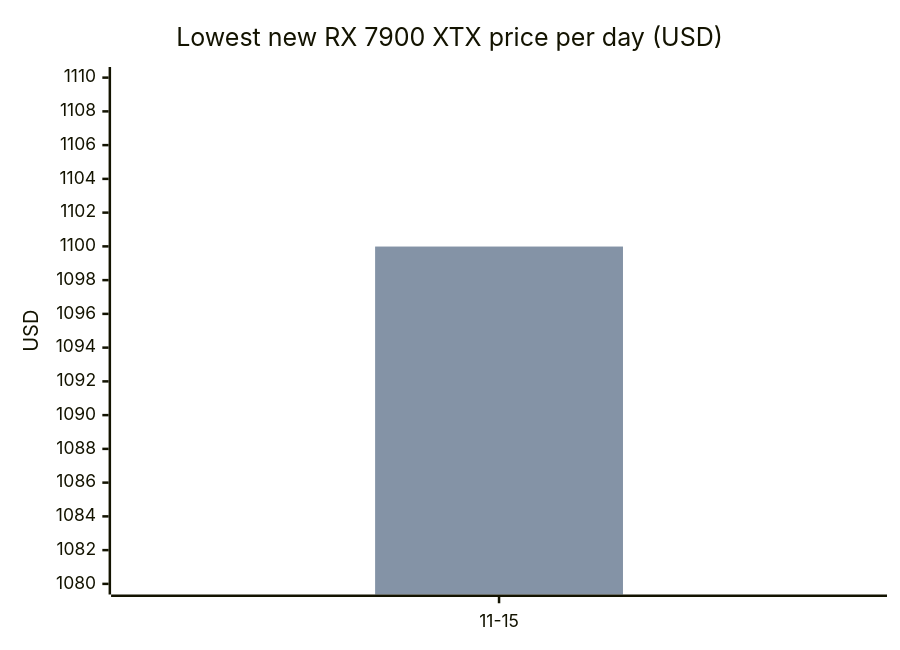
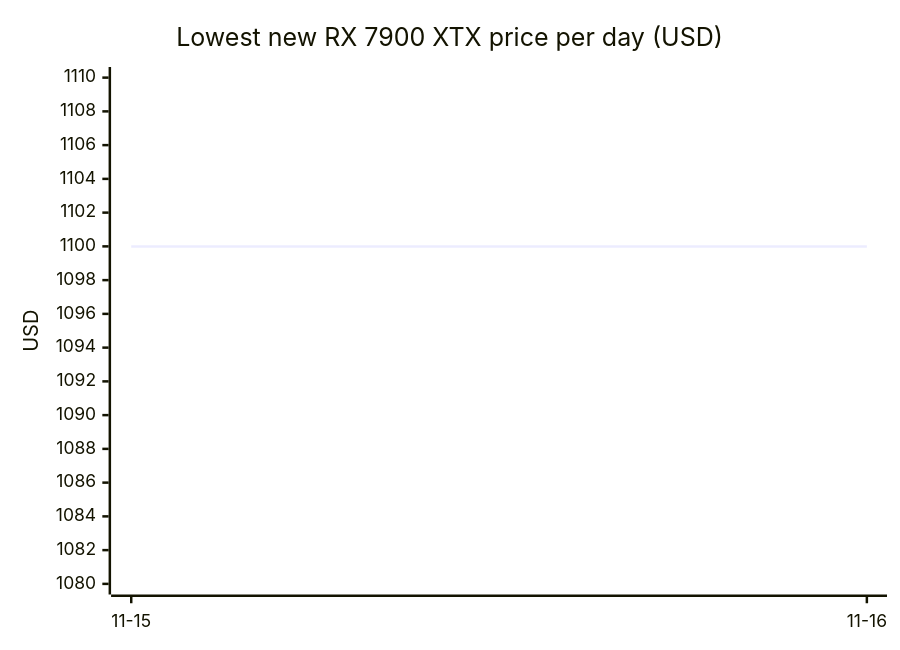
Diagram 13 of 16 in README.md (7324136828/4tb_ssd_price_watch), drawn with Mermaid before and after one commit. The commit also changed other lines of this file, not shown here.

````diff
--- a/README.md
+++ b/README.md
@@ -528,8 +610,7 @@
 ```mermaid
 xychart-beta
     title "Lowest new RX 7900 XTX price per day (USD)"
-    x-axis ["11-15"]
+    x-axis ["11-15", "11-16"]
     y-axis "USD" 1080 --> 1110
-    line [1099.99]
-    bar [1099.99]
+    line [1099.99, 1099.99]
 ```
````
